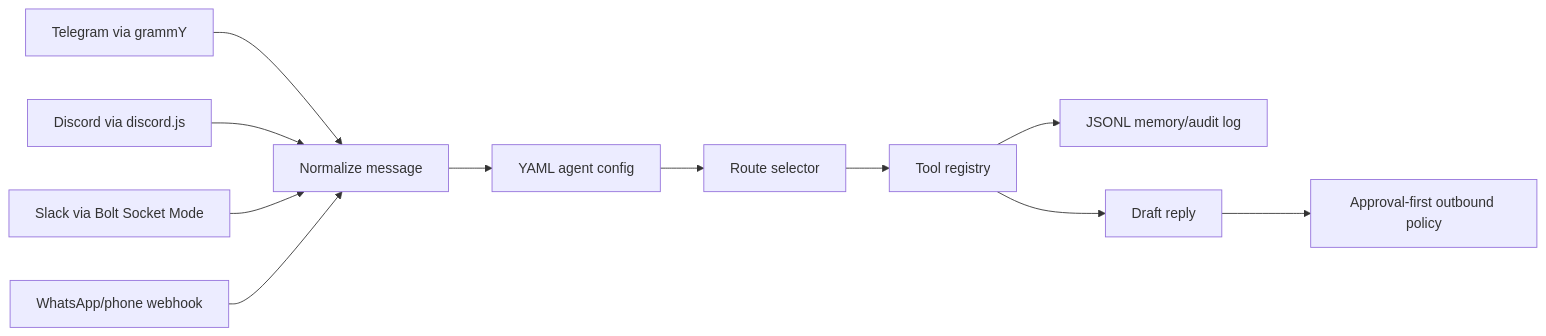
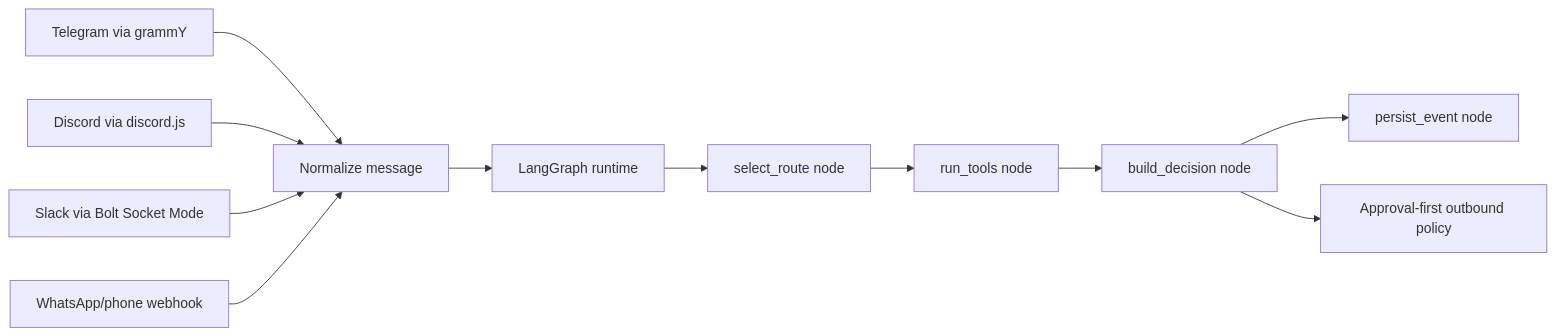
The diagram in README.md (brusnyak/channel-agent-runtime), drawn with Mermaid before and after one commit. The commit also changed other lines of this file and 18 other files, not shown here.

````diff
--- a/README.md
+++ b/README.md
@@ -34,13 +34,13 @@
 ```mermaid
 flowchart LR
   TG["Telegram via grammY"] --> N["Normalize message"]
   DC["Discord via discord.js"] --> N
   SL["Slack via Bolt Socket Mode"] --> N
   WA["WhatsApp/phone webhook"] --> N
-  N --> CFG["YAML agent config"]
-  CFG --> ROUTE["Route selector"]
-  ROUTE --> TOOLS["Tool registry"]
-  TOOLS --> MEM["JSONL memory/audit log"]
-  TOOLS --> OUT["Draft reply"]
+  N --> G["LangGraph runtime"]
+  G --> ROUTE["select_route node"]
+  ROUTE --> TOOLS["run_tools node"]
+  TOOLS --> OUT["build_decision node"]
+  OUT --> MEM["persist_event node"]
   OUT --> APPROVAL["Approval-first outbound policy"]
 ```
````
